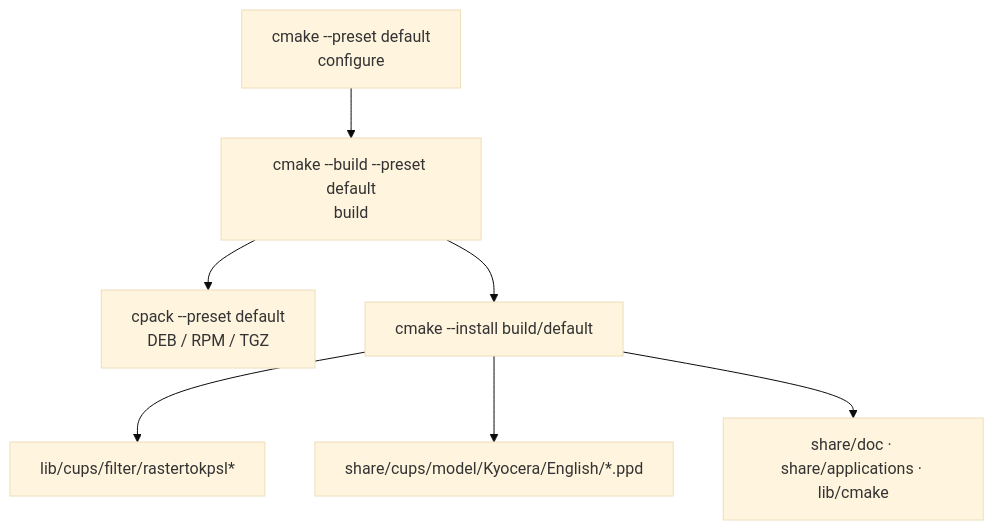
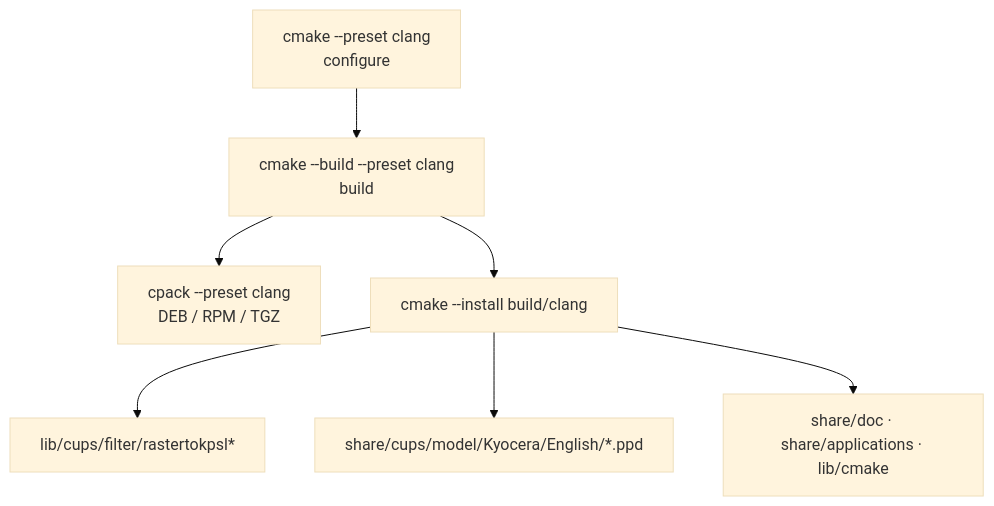
Before and after one commit to e-gleba/kyocera-drivers: the second of 2 diagrams in readme.md, drawn with Mermaid (base theme). The commit also changed other lines of this file, not shown here.

First line of the commit message:
docs(readme): fix preset name to clang, drop table of contents

````diff
--- a/readme.md
+++ b/readme.md
@@ -204,9 +173,9 @@
 ```mermaid
 flowchart TD
-    A[cmake --preset default<br>configure] --> B[cmake --build --preset default<br>build]
-    B --> C[cpack --preset default<br>DEB / RPM / TGZ]
-    B --> D[cmake --install build/default]
+    A[cmake --preset clang<br>configure] --> B[cmake --build --preset clang<br>build]
+    B --> C[cpack --preset clang<br>DEB / RPM / TGZ]
+    B --> D[cmake --install build/clang]
     D --> E[lib/cups/filter/rastertokpsl*]
     D --> F[share/cups/model/Kyocera/English/*.ppd]
     D --> G[share/doc · share/applications · lib/cmake]
 ```
````
